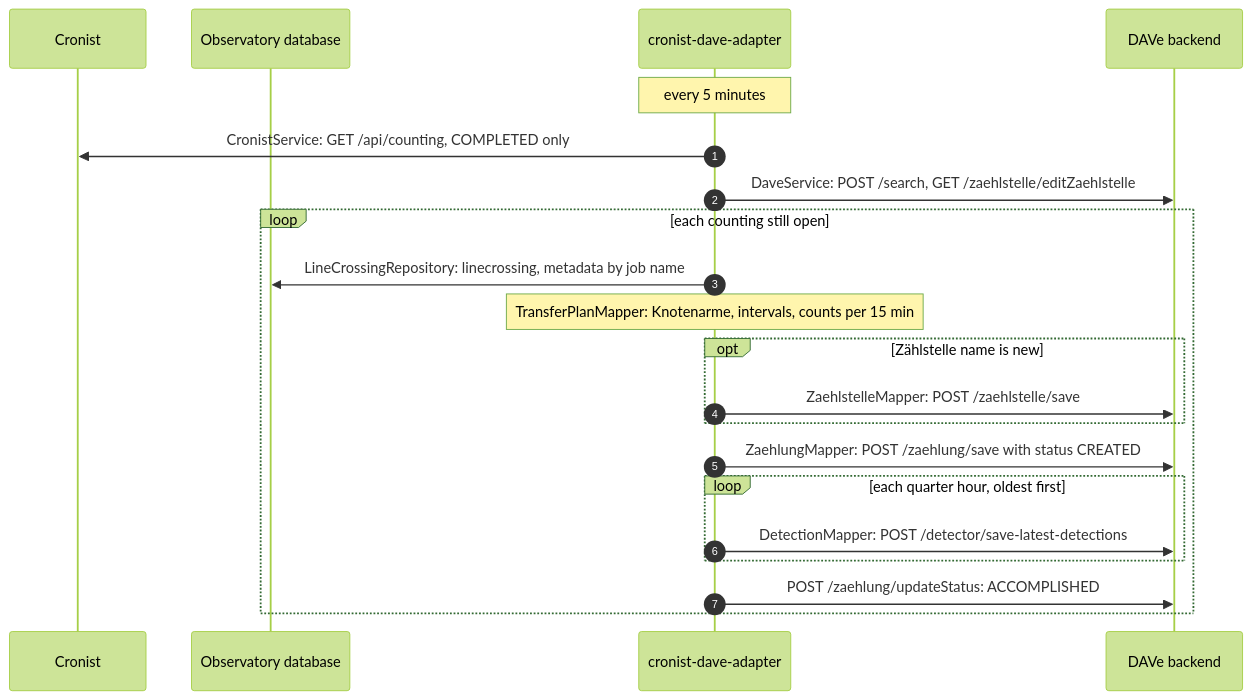
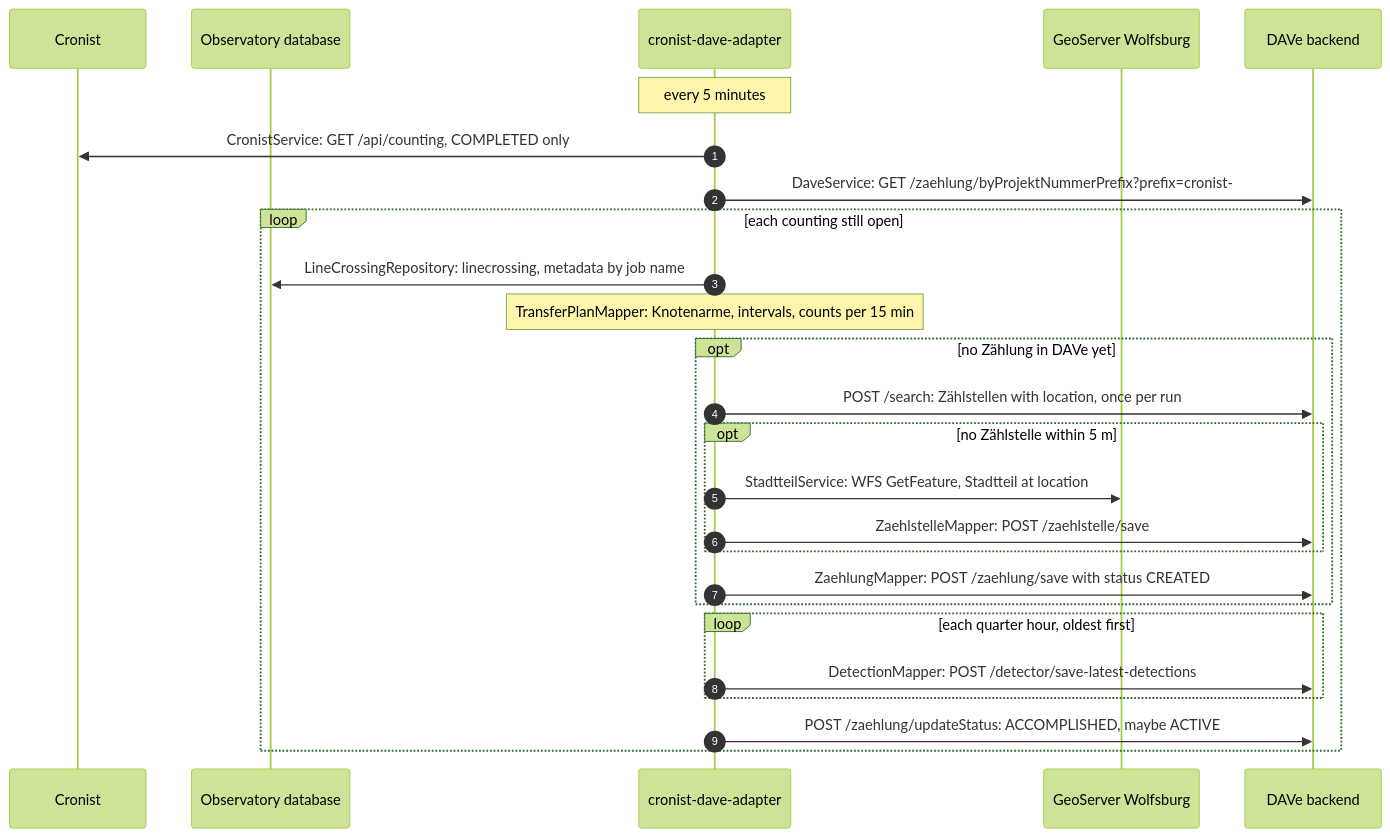
Before and after one commit to starwit/cronist-dave-adapter: the first of 2 diagrams in docs/Cronist-DAVe-Adapter (EN).md, drawn with Mermaid (forest theme). The commit also changed other lines of this file and 15 other files, not shown here.

Commit message:
feat: ab#2325 transfer cronist data to DAVe

````diff
--- a/docs/Cronist-DAVe-Adapter (EN).md
+++ b/docs/Cronist-DAVe-Adapter (EN).md
@@ -7,24 +7,29 @@
 ```mermaid
 sequenceDiagram
     autonumber
     participant C as Cronist
     participant O as Observatory database
     participant A as cronist-dave-adapter
+    participant G as GeoServer Wolfsburg
     participant D as DAVe backend
 
     Note over A: every 5 minutes
     A->>C: CronistService: GET /api/counting, COMPLETED only
-    A->>D: DaveService: POST /search, GET /zaehlstelle/editZaehlstelle
+    A->>D: DaveService: GET /zaehlung/byProjektNummerPrefix?prefix=cronist-
     loop each counting still open
         A->>O: LineCrossingRepository: linecrossing, metadata by job name
         Note over A: TransferPlanMapper: Knotenarme, intervals, counts per 15 min
-        opt Zählstelle name is new
-            A->>D: ZaehlstelleMapper: POST /zaehlstelle/save
+        opt no Zählung in DAVe yet
+            A->>D: POST /search: Zählstellen with location, once per run
+            opt no Zählstelle within 5 m
+                A->>G: StadtteilService: WFS GetFeature, Stadtteil at location
+                A->>D: ZaehlstelleMapper: POST /zaehlstelle/save
+            end
+            A->>D: ZaehlungMapper: POST /zaehlung/save with status CREATED
         end
-        A->>D: ZaehlungMapper: POST /zaehlung/save with status CREATED
         loop each quarter hour, oldest first
             A->>D: DetectionMapper: POST /detector/save-latest-detections
         end
-        A->>D: POST /zaehlung/updateStatus: ACCOMPLISHED
+        A->>D: POST /zaehlung/updateStatus: ACCOMPLISHED, maybe ACTIVE
     end
 ```
````
